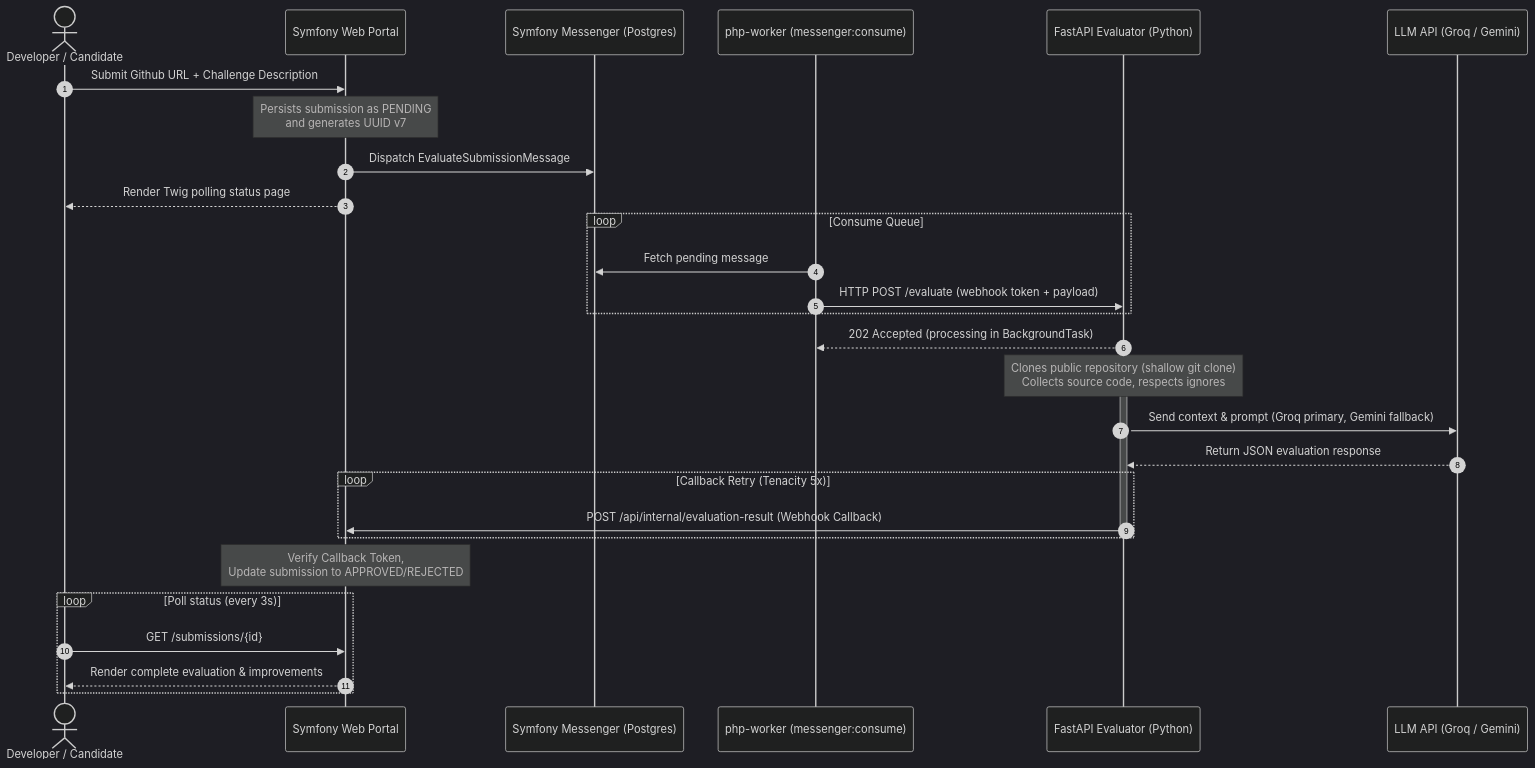
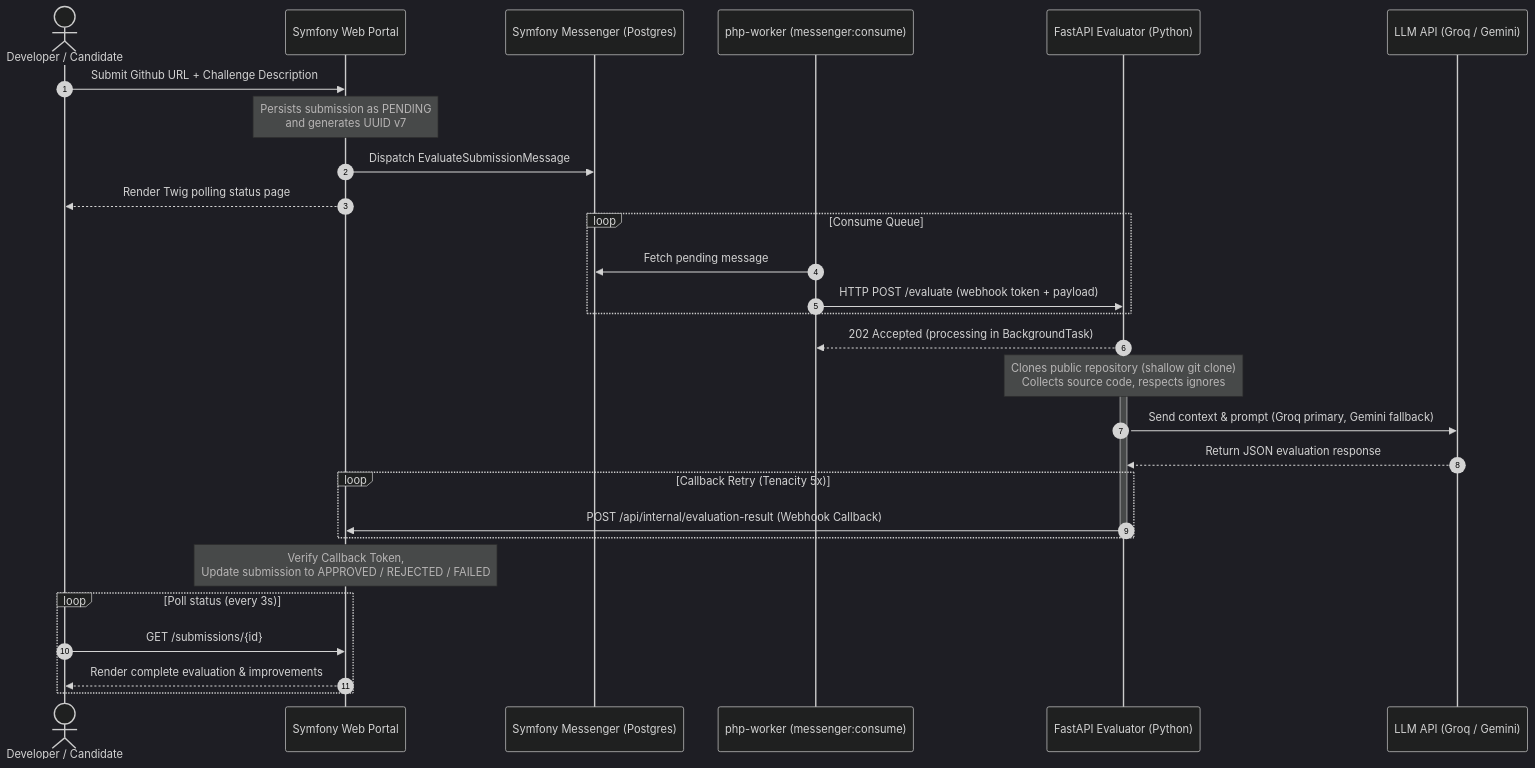
Before and after one commit to gabrielcjr/technical_challenge_reviewer: the diagram in README.md, drawn with Mermaid (dark theme). The commit also changed other lines of this file and 2 other files, not shown here.

First line of the commit message:
docs: update README with status table and architecture details, add MIT LICENSE

````diff
--- a/README.md
+++ b/README.md
@@ -20,38 +20,38 @@
 ```mermaid
 sequenceDiagram
     autonumber
     actor User as Developer / Candidate
     participant Portal as Symfony Web Portal
     participant Queue as Symfony Messenger (Postgres)
     participant Worker as php-worker (messenger:consume)
     participant Evaluator as FastAPI Evaluator (Python)
     participant LLM as LLM API (Groq / Gemini)
 
     User->>Portal: Submit Github URL + Challenge Description
     Note over Portal: Persists submission as PENDING<br/>and generates UUID v7
     Portal->>Queue: Dispatch EvaluateSubmissionMessage
     Portal-->>User: Render Twig polling status page
 
     loop Consume Queue
         Worker->>Queue: Fetch pending message
         Worker->>Evaluator: HTTP POST /evaluate (webhook token + payload)
     end
     Evaluator-->>Worker: 202 Accepted (processing in BackgroundTask)
 
     activate Evaluator
     Note over Evaluator: Clones public repository (shallow git clone)<br/>Collects source code, respects ignores
     Evaluator->>LLM: Send context & prompt (Groq primary, Gemini fallback)
     LLM-->>Evaluator: Return JSON evaluation response
     
     loop Callback Retry (Tenacity 5x)
         Evaluator->>Portal: POST /api/internal/evaluation-result (Webhook Callback)
     end
     deactivate Evaluator
 
-    Note over Portal: Verify Callback Token,<br/>Update submission to APPROVED/REJECTED
+    Note over Portal: Verify Callback Token,<br/>Update submission to APPROVED / REJECTED / FAILED
     
     loop Poll status (every 3s)
         User->>Portal: GET /submissions/{id}
         Portal-->>User: Render complete evaluation & improvements
     end
 ```
````
